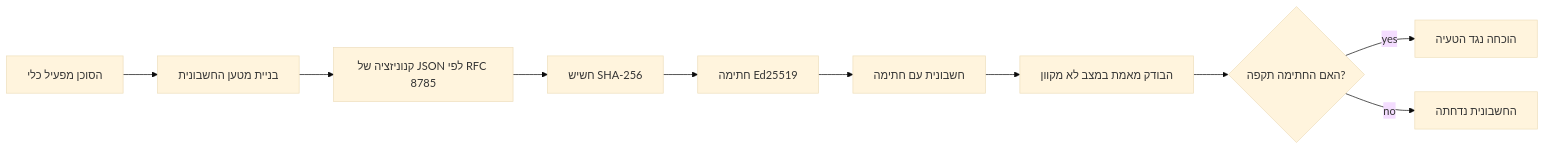
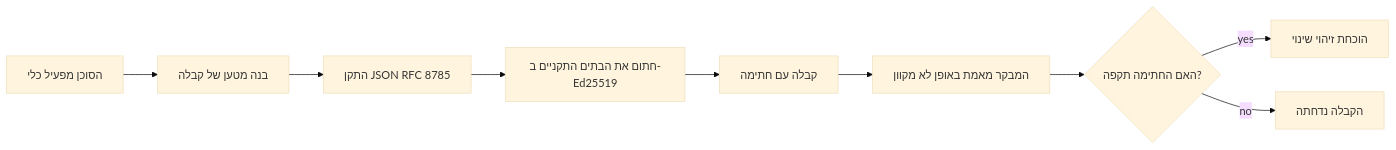
One commit to gabrielmoreira/agent-skills-mirror changed the first of 2 diagrams in mirrors/repos/microsoft@ai-agents-for-beginners/translations/he/18-securing-ai-agents/README.md. Above: the diagram before and after it, drawn with Mermaid (base theme). The commit also changed other lines of this file and 4262 other files, not shown here.

````diff
--- a/mirrors/repos/microsoft@ai-agents-for-beginners/translations/he/18-securing-ai-agents/README.md
+++ b/mirrors/repos/microsoft@ai-agents-for-beginners/translations/he/18-securing-ai-agents/README.md
@@ -51,12 +51,11 @@
 ```mermaid
 flowchart LR
-    A[הסוכן מפעיל כלי] --> B[בניית מטען החשבונית]
-    B --> C[קנוניזציה של JSON לפי RFC 8785]
-    C --> D[חשיש SHA-256]
-    D --> E[חתימה Ed25519]
-    E --> F[חשבונית עם חתימה]
-    F --> G[הבודק מאמת במצב לא מקוון]
+    A[הסוכן מפעיל כלי] --> B[בנה מטען של קבלה]
+    B --> C[התקן JSON RFC 8785]
+    C --> E[חתום את הבתים התקניים ב-Ed25519]
+    E --> F[קבלה עם חתימה]
+    F --> G[המבקר מאמת באופן לא מקוון]
     G --> H{האם החתימה תקפה?}
-    H -- yes --> I[הוכחה נגד הטעיה]
-    H -- no --> J[החשבונית נדחתה]
+    H -- yes --> I[הוכחת זיהוי שינוי]
+    H -- no --> J[הקבלה נדחתה]
 ```
````
